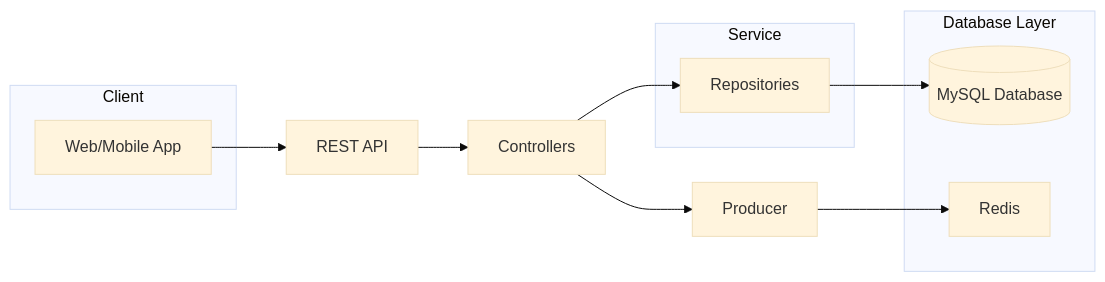
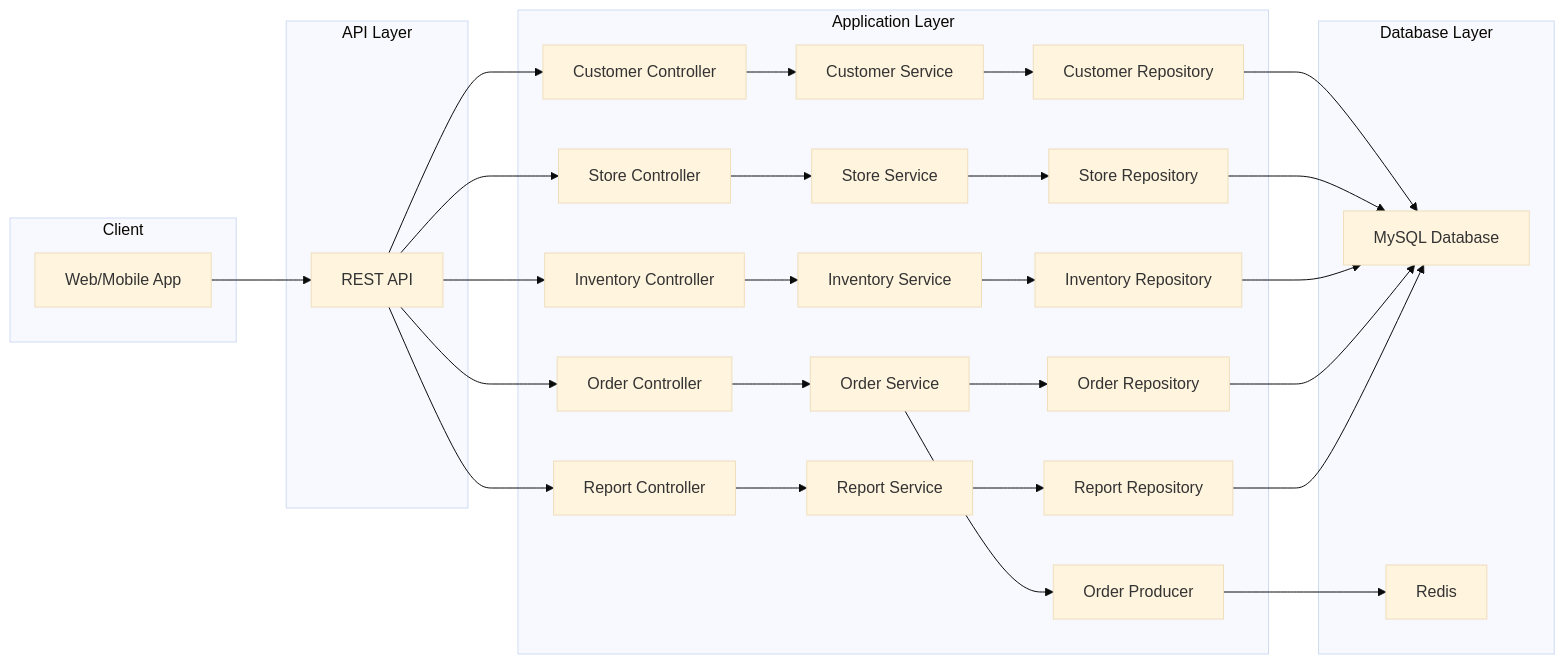
One commit to ariunbayar/sweet changed the first of 4 diagrams in README.md. Above: the diagram before and after it, drawn with Mermaid (base theme). The commit also changed 8 other files, not shown here.

````diff
--- a/README.md
+++ b/README.md
@@ -7,23 +7,59 @@
 ```mermaid
 graph LR
 subgraph Client
     A[Web/Mobile App]
 end
-B[REST API]
-C[Controllers]
-subgraph Service
-    F[Repositories]
+subgraph API Layer
+    B[REST API]
 end
-H[Producer]
+subgraph Application Layer
+    C[Customer Controller]
+    D[Customer Service]
+    E[Store Controller]
+    F[Store Service]
+    G[Inventory Controller]
+    H[Inventory Service]
+    I[Order Controller]
+    J[Order Service]
+    K[Report Controller]
+    L[Report Service]
+    Q[Report Repository]
+    M[Customer Repository]
+    N[Store Repository]
+    O[Inventory Repository]
+    P[Order Repository]
+    R[Order Producer]
+end
 subgraph Database Layer
-    G[(MySQL Database)]
-    D[Redis]
+    S[MySQL Database]
+    S[MySQL Database]
+    S[MySQL Database]
+    S[MySQL Database]
+    S[MySQL Database]
+    T[Redis]
 end
 
 A --> B
 B --> C
-C --> H
-C --> F
-F --> G
-H --> D
+B --> E
+B --> G
+B --> I
+B --> K
+C --> D
+E --> F
+G --> H
+I --> J
+K --> L
+D --> M
+F --> N
+H --> O
+J --> P
+J --> R
+L --> Q
+M --> S
+N --> S
+O --> S
+P --> S
+Q --> S
+R --> T
 ```
````
